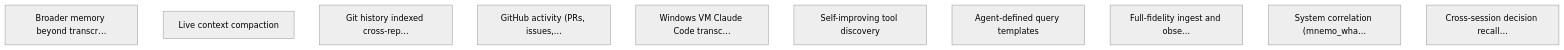
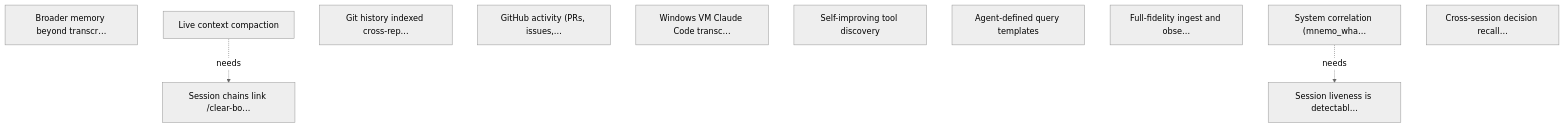
The diagram in targets.md (marcelocantos/mnemo), drawn with Mermaid (neutral theme) before and after one commit. The commit also changed other lines of this file and 14 other files, not shown here.

````diff
--- a/targets.md
+++ b/targets.md
@@ -308,13 +383,17 @@
 ```mermaid
 graph TD
     T1["Broader memory beyond transcr…"]
     T10["Live context compaction"]
     T11["Git history indexed cross-rep…"]
     T12["GitHub activity (PRs, issues,…"]
     T15["Windows VM Claude Code transc…"]
+    T16["Session chains link /clear-bo…"]
     T5["Self-improving tool discovery"]
     T7["Agent-defined query templates"]
     T9["Full-fidelity ingest and obse…"]
     T9_5["System correlation (mnemo_wha…"]
+    T9_5_1["Session liveness is detectabl…"]
     T9_6["Cross-session decision recall…"]
+    T10 -.->|needs| T16
+    T9_5 -.->|needs| T9_5_1
 ```
````
